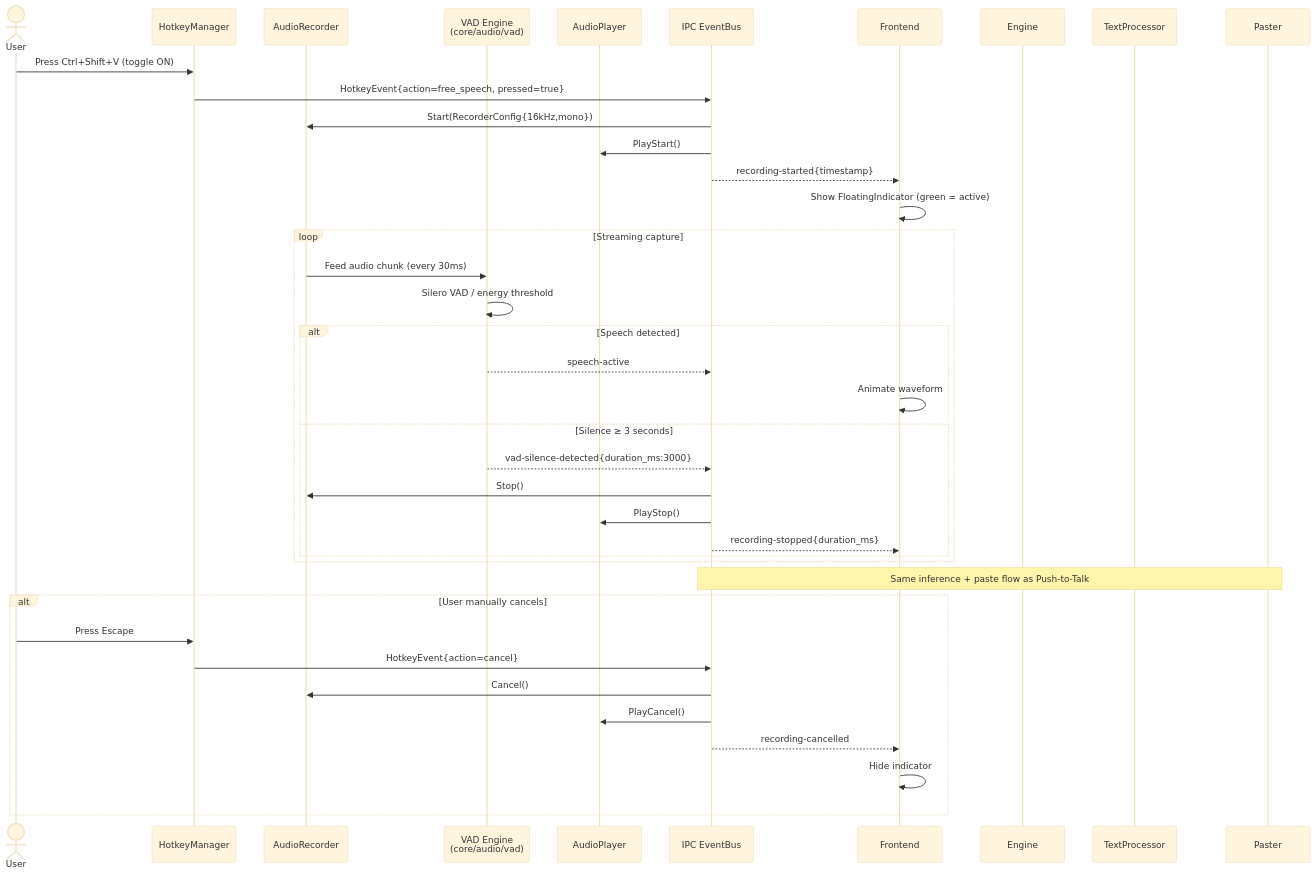
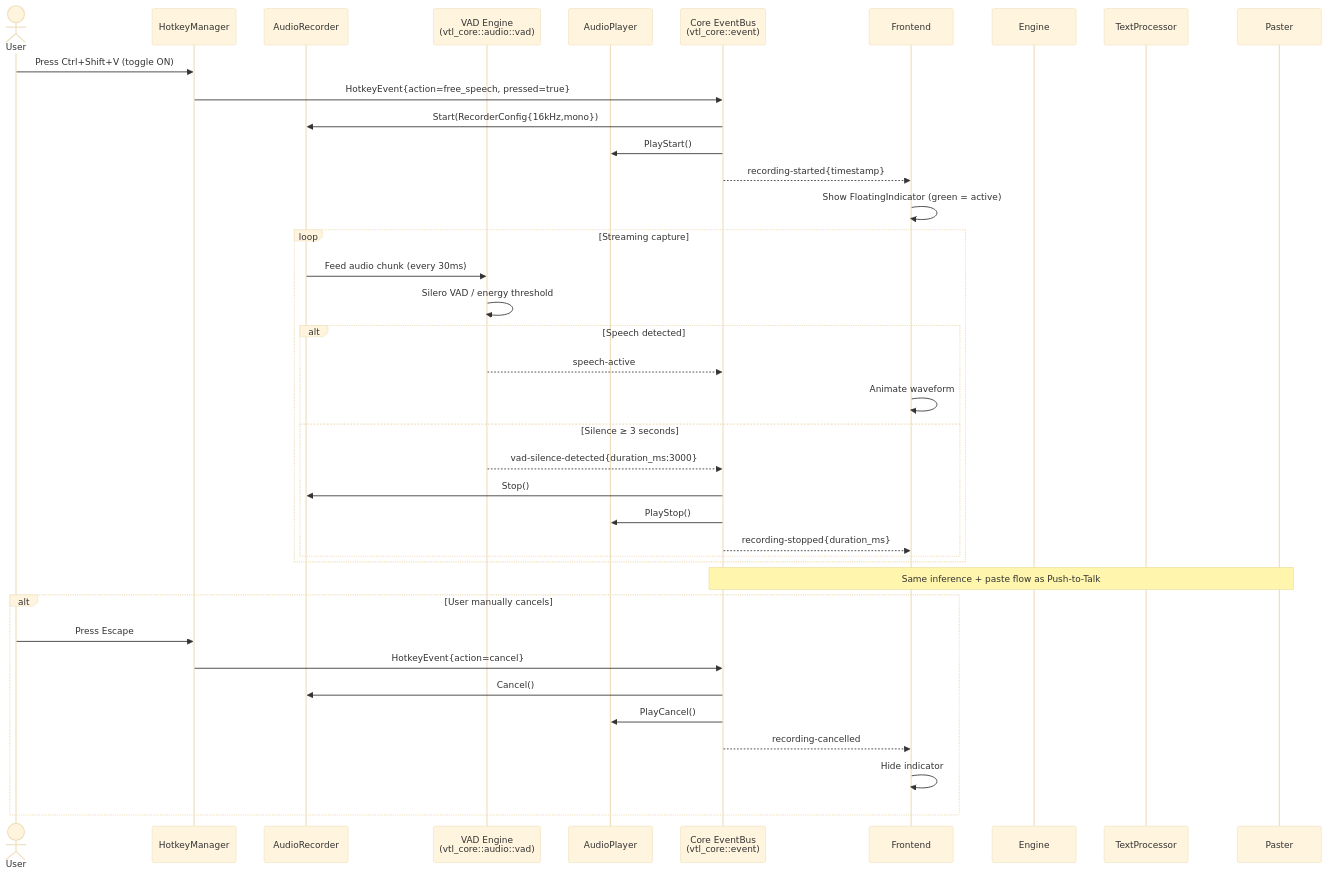
One commit to stevenke1981/Voice-typeless changed the third of 4 diagrams in docs/architecture.md. Above: the diagram before and after it, drawn with Mermaid (base theme). The commit also changed other lines of this file and 7 other files, not shown here.

````diff
--- a/docs/architecture.md
+++ b/docs/architecture.md
@@ -1016,45 +1018,45 @@
 ```mermaid
 sequenceDiagram
     actor User
     participant HK as HotkeyManager
     participant AR as AudioRecorder
-    participant VAD as VAD Engine<br/>(core/audio/vad)
+    participant VAD as VAD Engine<br/>(vtl_core::audio::vad)
     participant AP as AudioPlayer
-    participant EV as IPC EventBus
+    participant EV as Core EventBus<br/>(vtl_core::event)
     participant FE as Frontend
     participant ENG as Engine
     participant PROC as TextProcessor
     participant PST as Paster
 
     User->>HK: Press Ctrl+Shift+V (toggle ON)
     HK->>EV: HotkeyEvent{action=free_speech, pressed=true}
     EV->>AR: Start(RecorderConfig{16kHz,mono})
     EV->>AP: PlayStart()
     EV-->>FE: recording-started{timestamp}
     FE->>FE: Show FloatingIndicator (green = active)
 
     loop Streaming capture
         AR->>VAD: Feed audio chunk (every 30ms)
         VAD->>VAD: Silero VAD / energy threshold
         alt Speech detected
             VAD-->>EV: speech-active
             FE->>FE: Animate waveform
         else Silence ≥ 3 seconds
             VAD-->>EV: vad-silence-detected{duration_ms:3000}
             EV->>AR: Stop()
             EV->>AP: PlayStop()
             EV-->>FE: recording-stopped{duration_ms}
         end
     end
 
     Note over EV,PST: Same inference + paste flow as Push-to-Talk
 
     alt User manually cancels
         User->>HK: Press Escape
         HK->>EV: HotkeyEvent{action=cancel}
         EV->>AR: Cancel()
         EV->>AP: PlayCancel()
         EV-->>FE: recording-cancelled
         FE->>FE: Hide indicator
     end
 ```
````
